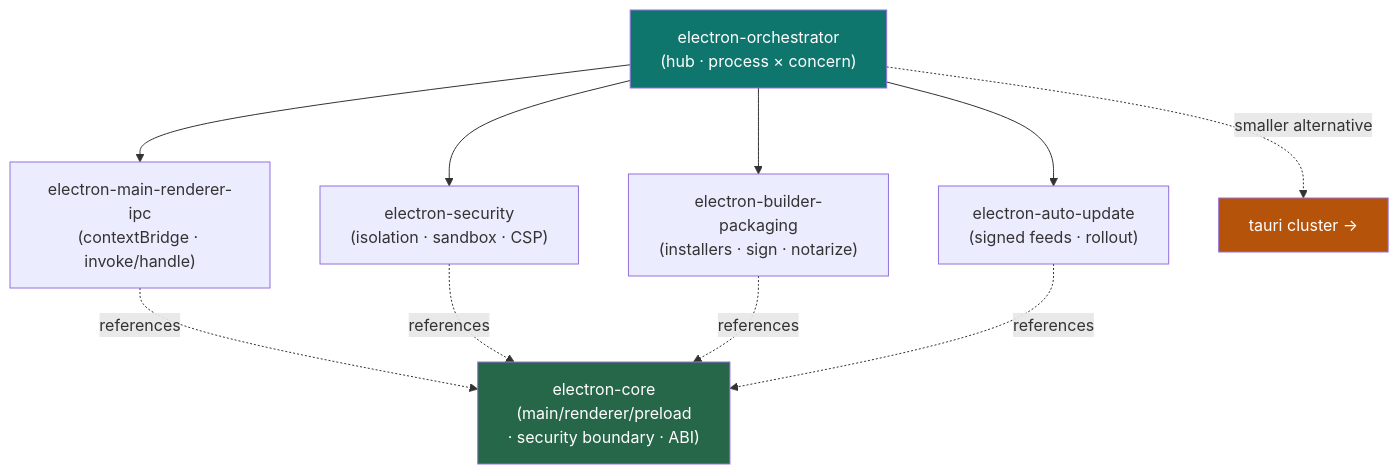
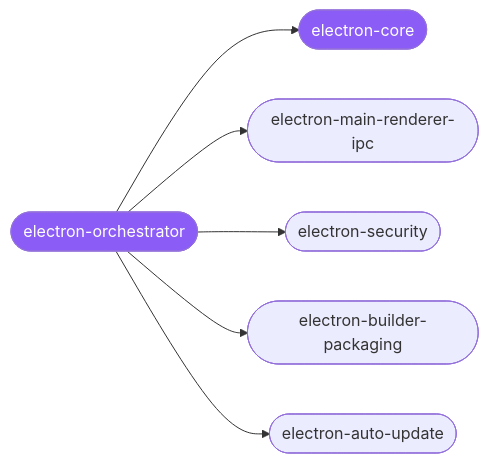
One commit to Sheshiyer/skill-clusters changed the diagram in clusters/electron/README.md. Above: the diagram before and after it, drawn with Mermaid. The commit also changed other lines of this file and 44 other files, not shown here.

````diff
--- a/clusters/electron/README.md
+++ b/clusters/electron/README.md
@@ -29,17 +18,9 @@
 ```mermaid
-graph TD
-    O["electron-orchestrator<br/>(hub · process × concern)"]
-    O --> IPC["electron-main-renderer-ipc<br/>(contextBridge · invoke/handle)"]
-    O --> SEC["electron-security<br/>(isolation · sandbox · CSP)"]
-    O --> PKG["electron-builder-packaging<br/>(installers · sign · notarize)"]
-    O --> UPD["electron-auto-update<br/>(signed feeds · rollout)"]
-    IPC -. references .-> C["electron-core<br/>(main/renderer/preload<br/>· security boundary · ABI)"]
-    SEC -. references .-> C
-    PKG -. references .-> C
-    UPD -. references .-> C
-    O -. "smaller alternative" .-> TAURI["tauri cluster →"]
-
-    style O fill:#0f766e,color:#fff
-    style C fill:#276749,color:#fff
-    style TAURI fill:#b45309,color:#fff
+graph LR
+  o([electron-orchestrator]):::hub --> c([electron-core]):::hub
+  o --> s1([electron-main-renderer-ipc])
+  o --> s2([electron-security])
+  o --> s3([electron-builder-packaging])
+  o --> s4([electron-auto-update])
+  classDef hub fill:#8b5cf6,color:#fff;
 ```
````
